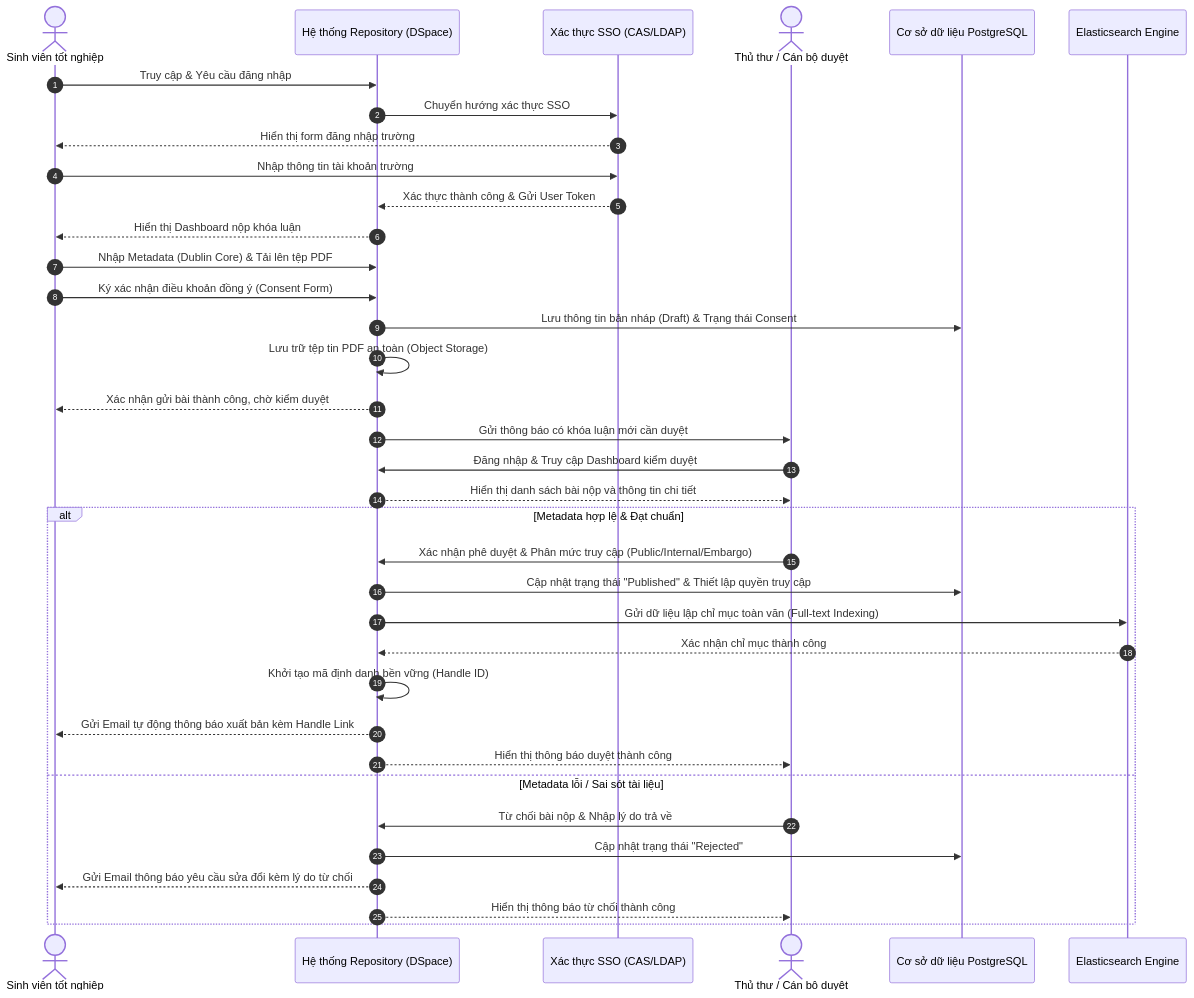
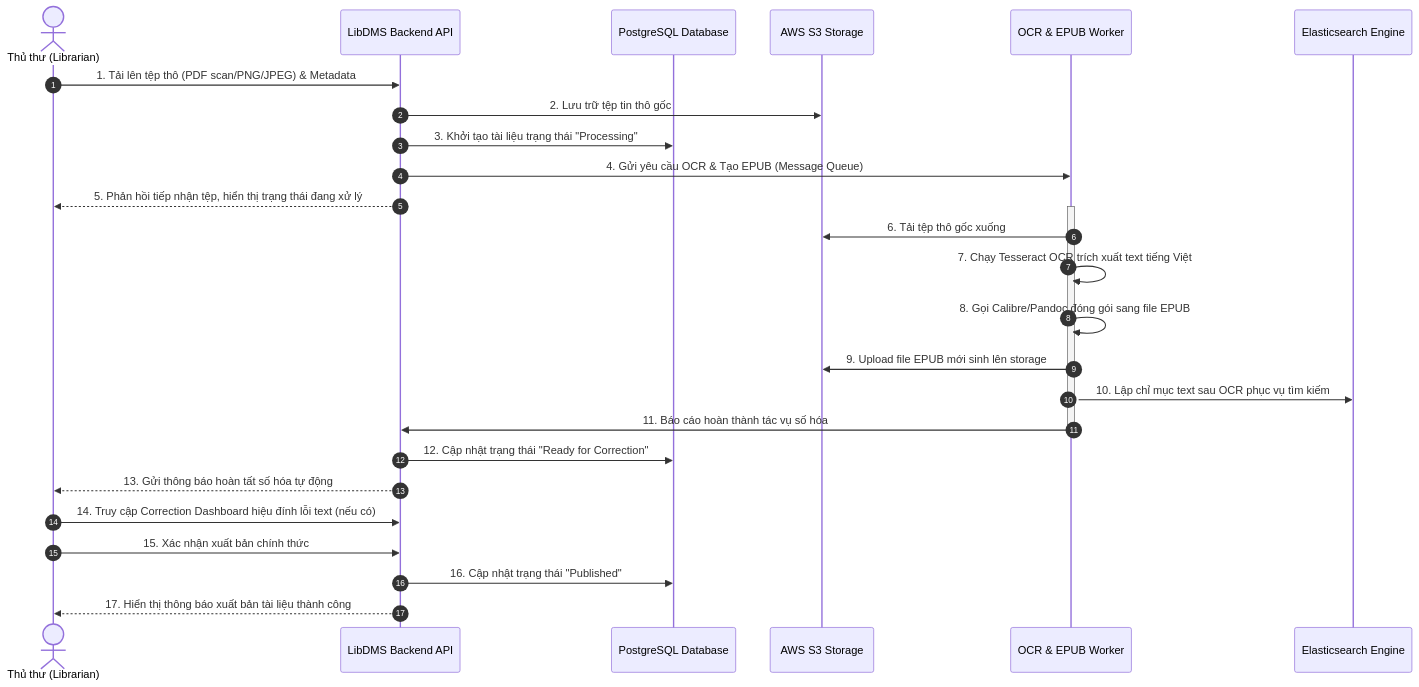
Before and after one commit to se-bros/hcmus-projectmanage--lab: the diagram in docs/images/submission_workflow.mmd, drawn with Mermaid. The commit also changed 27 other files, not shown here.

```diff
--- a/docs/images/submission_workflow.mmd
+++ b/docs/images/submission_workflow.mmd
@@ -1,40 +1,31 @@
 sequenceDiagram
     autonumber
-    actor SV as Sinh viên tốt nghiệp
-    participant Sys as Hệ thống Repository (DSpace)
-    participant SSO as Xác thực SSO (CAS/LDAP)
-    actor TT as Thủ thư / Cán bộ duyệt
-    participant DB as Cơ sở dữ liệu PostgreSQL
+    actor L as Thủ thư (Librarian)
+    participant Sys as LibDMS Backend API
+    participant DB as PostgreSQL Database
+    participant S3 as AWS S3 Storage
+    participant W as OCR & EPUB Worker
     participant ES as Elasticsearch Engine
 
-    SV->>Sys: Truy cập & Yêu cầu đăng nhập
-    Sys->>SSO: Chuyển hướng xác thực SSO
-    SSO-->>SV: Hiển thị form đăng nhập trường
-    SV->>SSO: Nhập thông tin tài khoản trường
-    SSO-->>Sys: Xác thực thành công & Gửi User Token
-    Sys-->>SV: Hiển thị Dashboard nộp khóa luận
+    L->>Sys: 1. Tải lên tệp thô (PDF scan/PNG/JPEG) & Metadata
+    Sys->>S3: 2. Lưu trữ tệp tin thô gốc
+    Sys->>DB: 3. Khởi tạo tài liệu trạng thái "Processing"
+    Sys->>W: 4. Gửi yêu cầu OCR & Tạo EPUB (Message Queue)
+    Sys-->>L: 5. Phản hồi tiếp nhận tệp, hiển thị trạng thái đang xử lý
     
-    SV->>Sys: Nhập Metadata (Dublin Core) & Tải lên tệp PDF
-    SV->>Sys: Ký xác nhận điều khoản đồng ý (Consent Form)
-    Sys->>DB: Lưu thông tin bản nháp (Draft) & Trạng thái Consent
-    Sys->>Sys: Lưu trữ tệp tin PDF an toàn (Object Storage)
-    Sys-->>SV: Xác nhận gửi bài thành công, chờ kiểm duyệt
+    activate W
+    W->>S3: 6. Tải tệp thô gốc xuống
+    W->>W: 7. Chạy Tesseract OCR trích xuất text tiếng Việt
+    W->>W: 8. Gọi Calibre/Pandoc đóng gói sang file EPUB
+    W->>S3: 9. Upload file EPUB mới sinh lên storage
+    W->>ES: 10. Lập chỉ mục text sau OCR phục vụ tìm kiếm
+    W->>Sys: 11. Báo cáo hoàn thành tác vụ số hóa
+    deactivate W
     
-    Sys->>TT: Gửi thông báo có khóa luận mới cần duyệt
-    TT->>Sys: Đăng nhập & Truy cập Dashboard kiểm duyệt
-    Sys-->>TT: Hiển thị danh sách bài nộp và thông tin chi tiết
+    Sys->>DB: 12. Cập nhật trạng thái "Ready for Correction"
+    Sys-->>L: 13. Gửi thông báo hoàn tất số hóa tự động
     
-    alt Metadata hợp lệ & Đạt chuẩn
-        TT->>Sys: Xác nhận phê duyệt & Phân mức truy cập (Public/Internal/Embargo)
-        Sys->>DB: Cập nhật trạng thái "Published" & Thiết lập quyền truy cập
-        Sys->>ES: Gửi dữ liệu lập chỉ mục toàn văn (Full-text Indexing)
-        ES-->>Sys: Xác nhận chỉ mục thành công
-        Sys->>Sys: Khởi tạo mã định danh bền vững (Handle ID)
-        Sys-->>SV: Gửi Email tự động thông báo xuất bản kèm Handle Link
-        Sys-->>TT: Hiển thị thông báo duyệt thành công
-    else Metadata lỗi / Sai sót tài liệu
-        TT->>Sys: Từ chối bài nộp & Nhập lý do trả về
-        Sys->>DB: Cập nhật trạng thái "Rejected"
-        Sys-->>SV: Gửi Email thông báo yêu cầu sửa đổi kèm lý do từ chối
-        Sys-->>TT: Hiển thị thông báo từ chối thành công
-    end
+    L->>Sys: 14. Truy cập Correction Dashboard hiệu đính lỗi text (nếu có)
+    L->>Sys: 15. Xác nhận xuất bản chính thức
+    Sys->>DB: 16. Cập nhật trạng thái "Published"
+    Sys-->>L: 17. Hiển thị thông báo xuất bản tài liệu thành công
```
